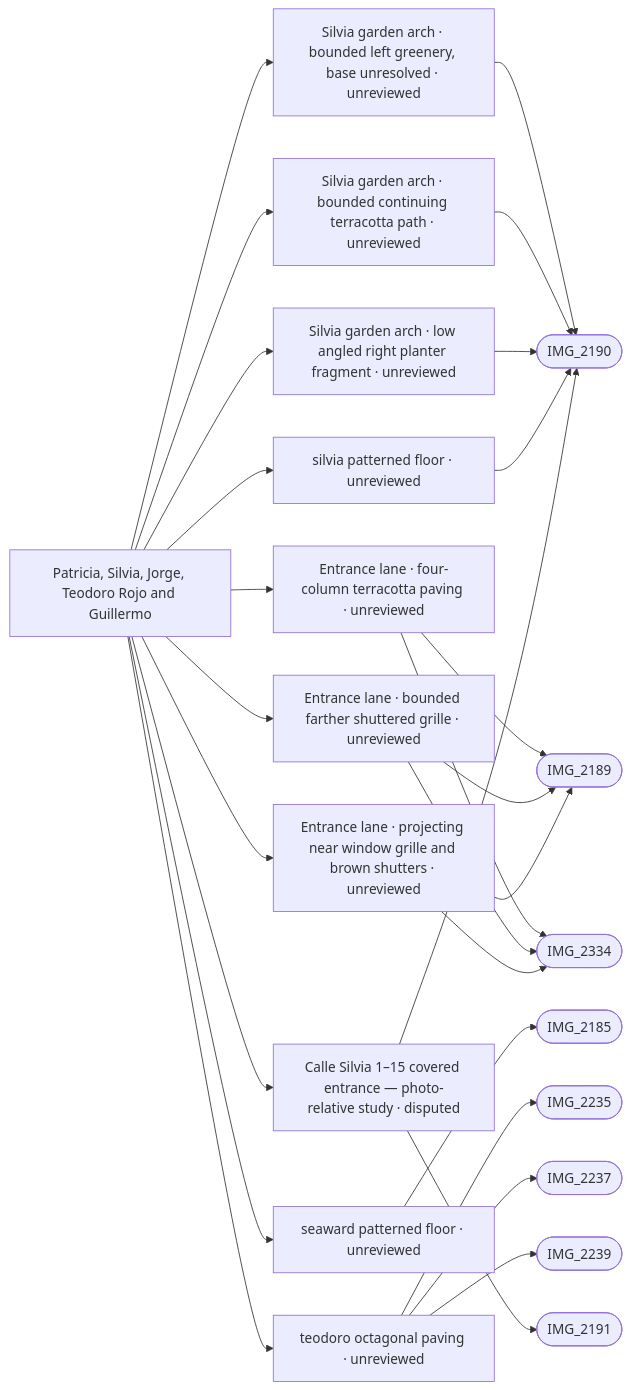
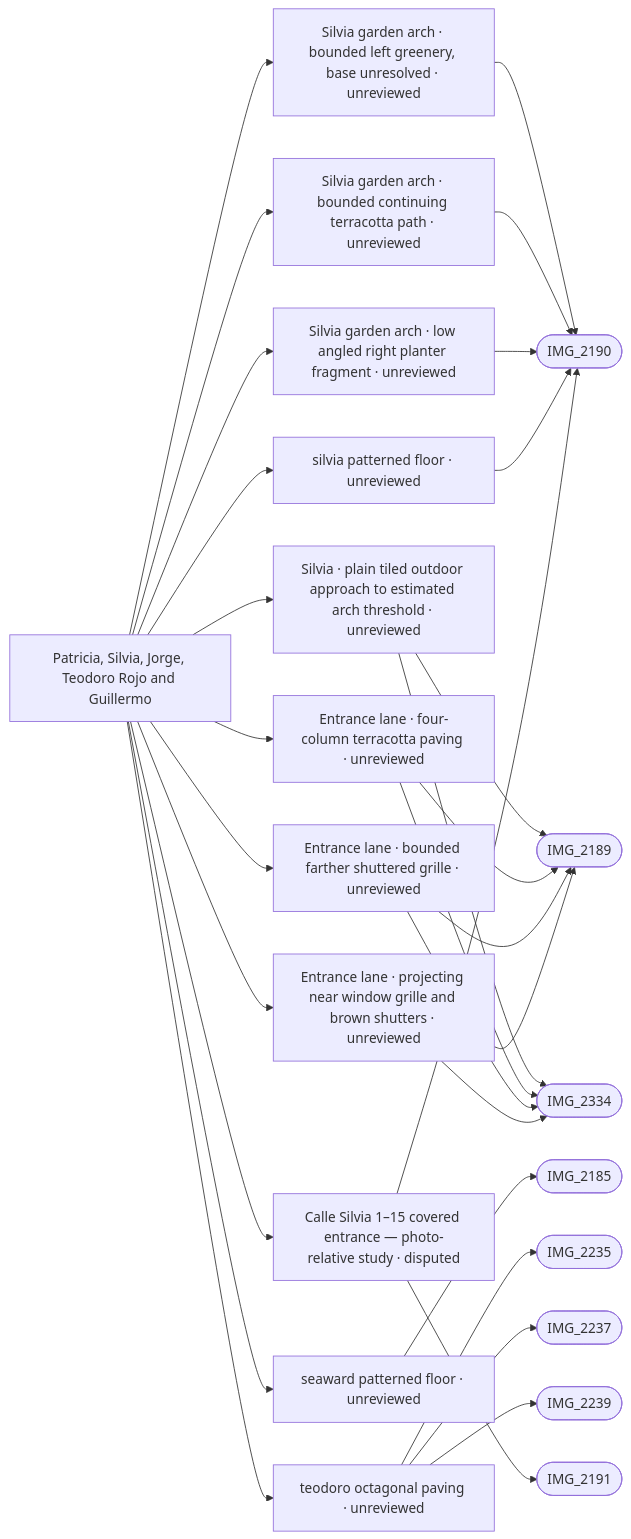
The diagram in refs/areas/seaward-lanes.md (daveyboyc/villacana-venture), drawn with Mermaid before and after one commit. The commit also changed other lines of this file and 36 other files, not shown here.

Commit message:
Record outdoor paving source review, surface checks and paired renders

````diff
--- a/refs/areas/seaward-lanes.md
+++ b/refs/areas/seaward-lanes.md
@@ -48,30 +50,33 @@
 ```mermaid
 graph LR
   A["Patricia, Silvia, Jorge, Teodoro Rojo and Guillermo"]
   A --> F0["Silvia garden arch · bounded left greenery, base unresolved · unreviewed"]
   F0 --> PIMG_2190_jpg(["IMG_2190"])
   A --> F1["Silvia garden arch · bounded continuing terracotta path · unreviewed"]
   F1 --> PIMG_2190_jpg(["IMG_2190"])
   A --> F2["Silvia garden arch · low angled right planter fragment · unreviewed"]
   F2 --> PIMG_2190_jpg(["IMG_2190"])
-  A --> F3["Entrance lane · four-column terracotta paving · unreviewed"]
+  A --> F3["Silvia · plain tiled outdoor approach to estimated arch threshold · unreviewed"]
   F3 --> PIMG_2189_jpg(["IMG_2189"])
   F3 --> PIMG_2334_jpg(["IMG_2334"])
-  A --> F4["Entrance lane · bounded farther shuttered grille · unreviewed"]
+  A --> F4["Entrance lane · four-column terracotta paving · unreviewed"]
   F4 --> PIMG_2189_jpg(["IMG_2189"])
   F4 --> PIMG_2334_jpg(["IMG_2334"])
-  A --> F5["Entrance lane · projecting near window grille and brown shutters · unreviewed"]
+  A --> F5["Entrance lane · bounded farther shuttered grille · unreviewed"]
   F5 --> PIMG_2189_jpg(["IMG_2189"])
   F5 --> PIMG_2334_jpg(["IMG_2334"])
-  A --> F6["seaward patterned floor · unreviewed"]
-  F6 --> PIMG_2185_jpg(["IMG_2185"])
-  A --> F7["silvia patterned floor · unreviewed"]
-  F7 --> PIMG_2190_jpg(["IMG_2190"])
-  A --> F8["teodoro octagonal paving · unreviewed"]
-  F8 --> PIMG_2235_jpg(["IMG_2235"])
-  F8 --> PIMG_2237_jpg(["IMG_2237"])
-  F8 --> PIMG_2239_jpg(["IMG_2239"])
-  A --> F9["Calle Silvia 1–15 covered entrance — photo-relative study · disputed"]
-  F9 --> PIMG_2190_jpg(["IMG_2190"])
-  F9 --> PIMG_2191_jpg(["IMG_2191"])
+  A --> F6["Entrance lane · projecting near window grille and brown shutters · unreviewed"]
+  F6 --> PIMG_2189_jpg(["IMG_2189"])
+  F6 --> PIMG_2334_jpg(["IMG_2334"])
+  A --> F7["seaward patterned floor · unreviewed"]
+  F7 --> PIMG_2185_jpg(["IMG_2185"])
+  A --> F8["silvia patterned floor · unreviewed"]
+  F8 --> PIMG_2190_jpg(["IMG_2190"])
+  A --> F9["teodoro octagonal paving · unreviewed"]
+  F9 --> PIMG_2235_jpg(["IMG_2235"])
+  F9 --> PIMG_2237_jpg(["IMG_2237"])
+  F9 --> PIMG_2239_jpg(["IMG_2239"])
+  A --> F10["Calle Silvia 1–15 covered entrance — photo-relative study · disputed"]
+  F10 --> PIMG_2190_jpg(["IMG_2190"])
+  F10 --> PIMG_2191_jpg(["IMG_2191"])
 ```
````
